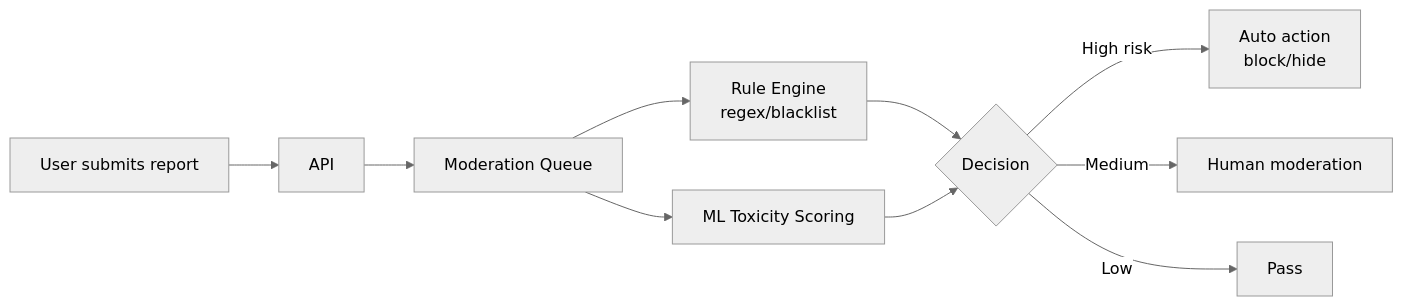
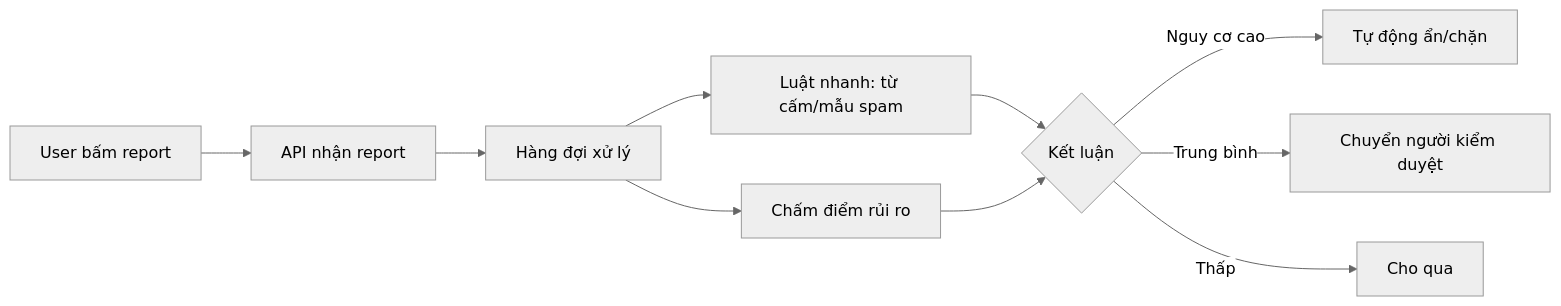
Before and after one commit to panadolextra91/dating-app-mvp: the third of 5 diagrams in ENHANCE.md, drawn with Mermaid (neutral theme). The commit also changed other lines of this file, not shown here.

````diff
--- a/ENHANCE.md
+++ b/ENHANCE.md
@@ -136,12 +104,12 @@
 ```mermaid
 flowchart LR
-    U[User submits report] --> API[API]
-    API --> Q[Moderation Queue]
-    Q --> R1[Rule Engine\nregex/blacklist]
-    Q --> R2[ML Toxicity Scoring]
-    R1 --> D{Decision}
+    U[User bấm report] --> API[API nhận report]
+    API --> Q[Hàng đợi xử lý]
+    Q --> R1[Luật nhanh: từ cấm/mẫu spam]
+    Q --> R2[Chấm điểm rủi ro]
+    R1 --> D{Kết luận}
     R2 --> D
-    D -->|High risk| A[Auto action\nblock/hide]
-    D -->|Medium| M[Human moderation]
-    D -->|Low| P[Pass]
+    D -->|Nguy cơ cao| A[Tự động ẩn/chặn]
+    D -->|Trung bình| M[Chuyển người kiểm duyệt]
+    D -->|Thấp| P[Cho qua]
 ```
````
